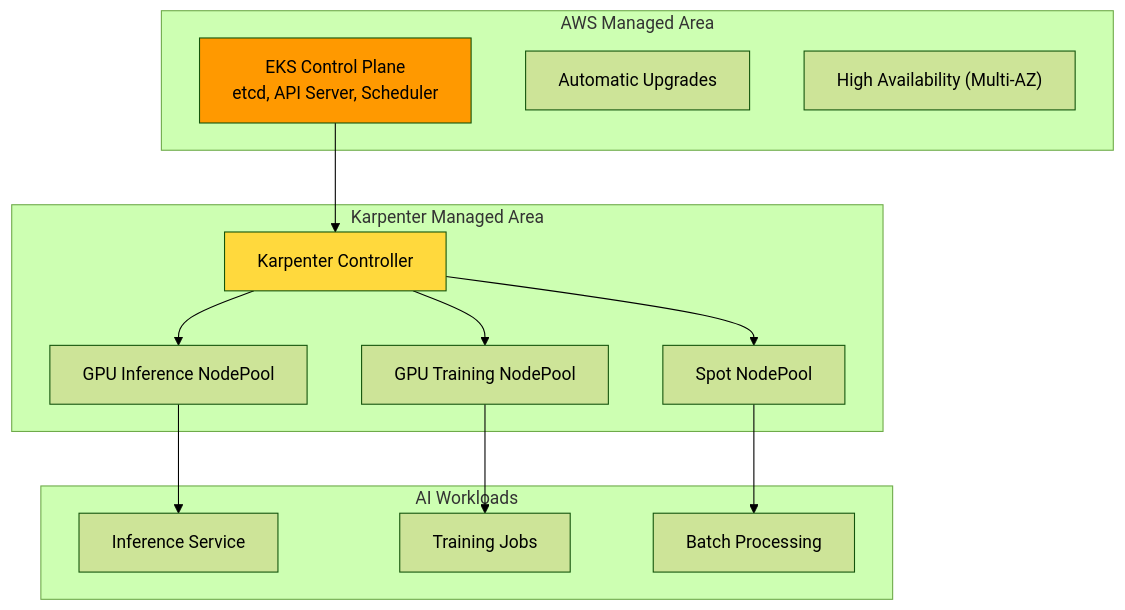
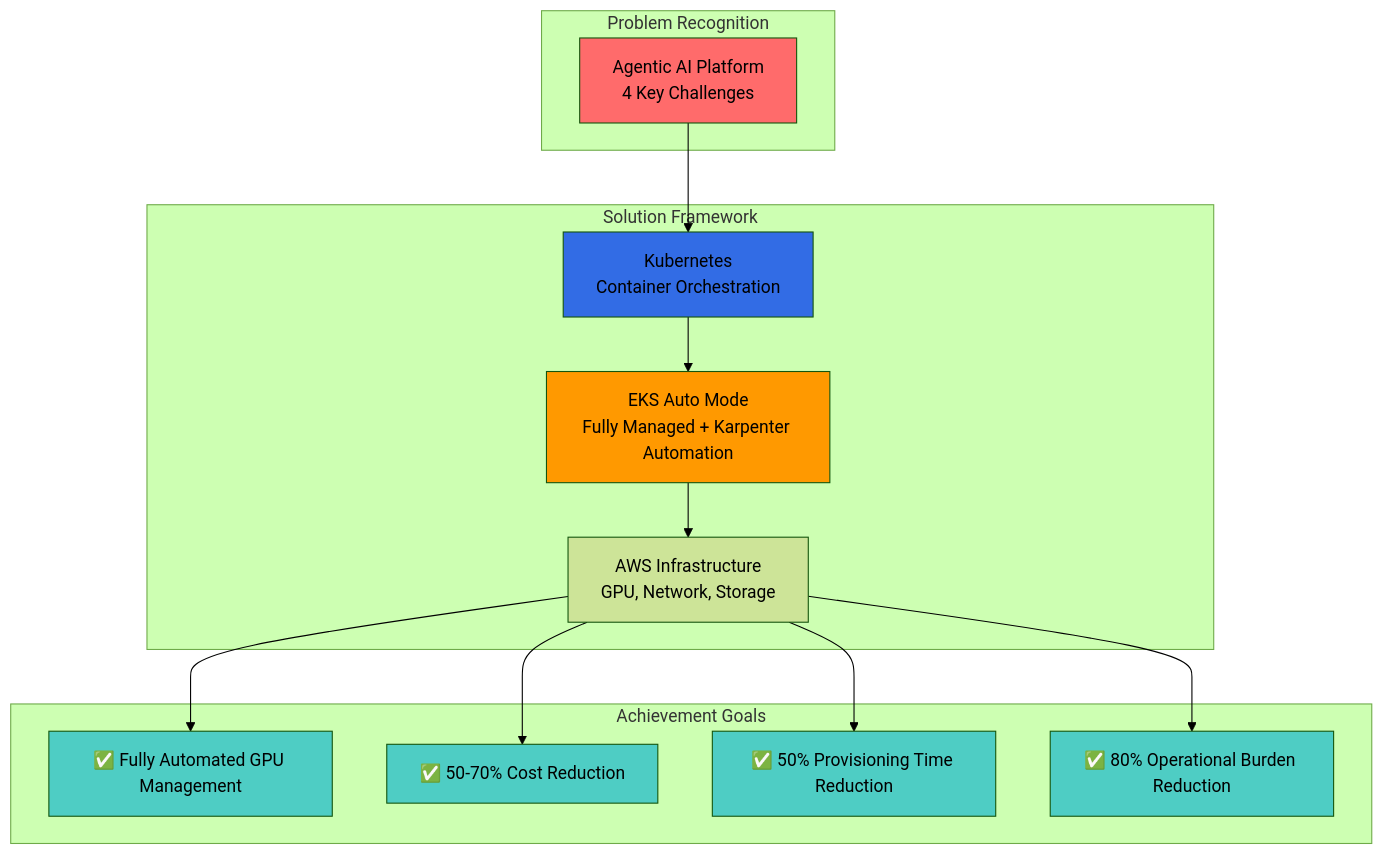
Before and after one commit to devfloor9/engineering-playbook: diagram 22 of 22 in i18n/en/docusaurus-plugin-content-docs/current/genai-aiml/agentic-ai-challenges.md, drawn with Mermaid (forest theme). The commit also changed other lines of this file and 31 other files, not shown here.

````diff
--- a/i18n/en/docusaurus-plugin-content-docs/current/genai-aiml/agentic-ai-challenges.md
+++ b/i18n/en/docusaurus-plugin-content-docs/current/genai-aiml/agentic-ai-challenges.md
@@ -1232,32 +1874,32 @@
 ```mermaid
 graph TB
-    subgraph "AWS Managed Area"
-        CP["EKS Control Plane<br/>etcd, API Server, Scheduler"]
-        UP["Automatic Upgrades"]
-        HA["High Availability (Multi-AZ)"]
+    subgraph "Problem Recognition"
+        P["Agentic AI Platform<br/>4 Key Challenges"]
     end
 
-    subgraph "Karpenter Managed Area"
-        KARP["Karpenter Controller"]
-        NP1["GPU Inference NodePool"]
-        NP2["GPU Training NodePool"]
-        NP3["Spot NodePool"]
+    subgraph "Solution Framework"
+        K8S["Kubernetes<br/>Container Orchestration"]
+        AUTO["EKS Auto Mode<br/>Fully Managed + Karpenter Automation"]
+        AWS["AWS Infrastructure<br/>GPU, Network, Storage"]
     end
 
-    subgraph "AI Workloads"
-        INF["Inference Service"]
-        TRAIN["Training Jobs"]
-        BATCH["Batch Processing"]
+    subgraph "Achievement Goals"
+        G1["✅ Fully Automated GPU Management"]
+        G2["✅ 50-70% Cost Reduction"]
+        G3["✅ 50% Provisioning Time Reduction"]
+        G4["✅ 80% Operational Burden Reduction"]
     end
 
-    CP --> KARP
-    KARP --> NP1
-    KARP --> NP2
-    KARP --> NP3
-    NP1 --> INF
-    NP2 --> TRAIN
-    NP3 --> BATCH
+    P --> K8S
+    K8S --> AUTO
+    AUTO --> AWS
+    AWS --> G1 & G2 & G3 & G4
 
-    style CP fill:#ff9900
-    style KARP fill:#ffd93d
+    style P fill:#ff6b6b
+    style K8S fill:#326ce5
+    style AUTO fill:#ff9900
+    style G1 fill:#4ecdc4
+    style G2 fill:#4ecdc4
+    style G3 fill:#4ecdc4
+    style G4 fill:#4ecdc4
 ```
````
